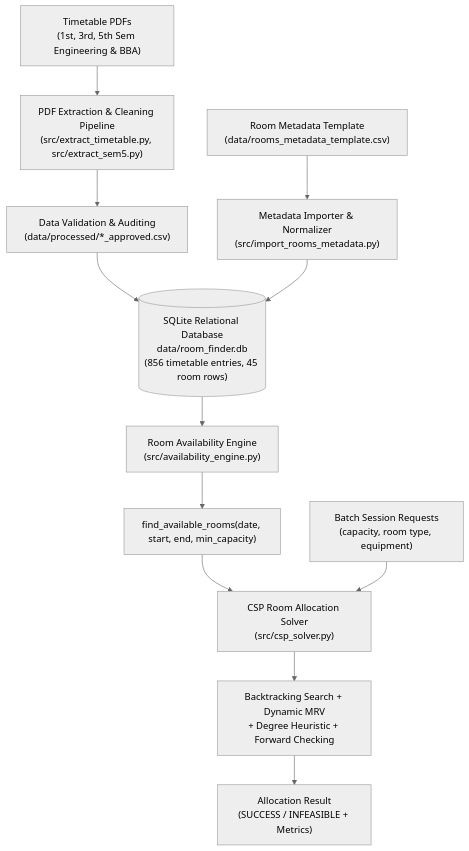
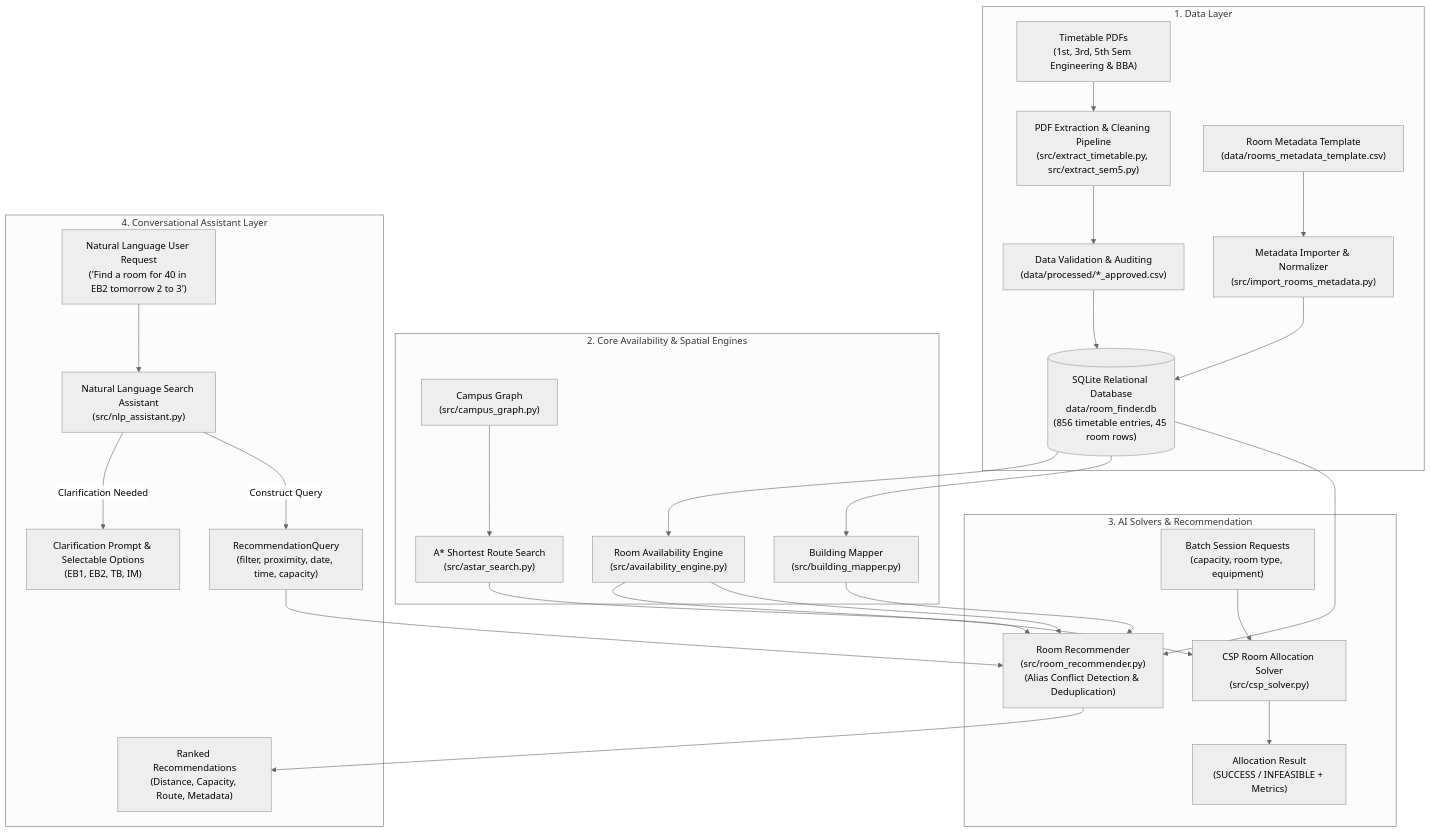
One commit to DeepDas25/AI-Room-Finder changed the first of 2 diagrams in README.md. Above: the diagram before and after it, drawn with Mermaid (neutral theme). The commit also changed other lines of this file, not shown here.

````diff
--- a/README.md
+++ b/README.md
@@ -46,18 +52,36 @@
 ```mermaid
 flowchart TD
-    A["Timetable PDFs\n(1st, 3rd, 5th Sem Engineering & BBA)"] --> B["PDF Extraction & Cleaning Pipeline\n(src/extract_timetable.py, src/extract_sem5.py)"]
-    B --> C["Data Validation & Auditing\n(data/processed/*_approved.csv)"]
-    C --> D[("SQLite Relational Database\ndata/room_finder.db\n(856 timetable entries, 45 room rows)")]
-    
-    E["Room Metadata Template\n(data/rooms_metadata_template.csv)"] --> F["Metadata Importer & Normalizer\n(src/import_rooms_metadata.py)"]
-    F --> D
-    
-    D --> G["Room Availability Engine\n(src/availability_engine.py)"]
-    G --> H["find_available_rooms(date, start, end, min_capacity)"]
-    
-    H --> I["CSP Room Allocation Solver\n(src/csp_solver.py)"]
-    J["Batch Session Requests\n(capacity, room type, equipment)"] --> I
-    
-    I --> K["Backtracking Search + Dynamic MRV\n+ Degree Heuristic + Forward Checking"]
-    K --> L["Allocation Result\n(SUCCESS / INFEASIBLE + Metrics)"]
+    subgraph DataLayer["1. Data Layer"]
+        A["Timetable PDFs\n(1st, 3rd, 5th Sem Engineering & BBA)"] --> B["PDF Extraction & Cleaning Pipeline\n(src/extract_timetable.py, src/extract_sem5.py)"]
+        B --> C["Data Validation & Auditing\n(data/processed/*_approved.csv)"]
+        C --> D[("SQLite Relational Database\ndata/room_finder.db\n(856 timetable entries, 45 room rows)")]
+        
+        E["Room Metadata Template\n(data/rooms_metadata_template.csv)"] --> F["Metadata Importer & Normalizer\n(src/import_rooms_metadata.py)"]
+        F --> D
+    end
+
+    subgraph CoreEngines["2. Core Availability & Spatial Engines"]
+        D --> G["Room Availability Engine\n(src/availability_engine.py)"]
+        D --> BM["Building Mapper\n(src/building_mapper.py)"]
+        CG["Campus Graph\n(src/campus_graph.py)"] --> AS["A* Shortest Route Search\n(src/astar_search.py)"]
+    end
+
+    subgraph Solvers["3. AI Solvers & Recommendation"]
+        G --> CSP["CSP Room Allocation Solver\n(src/csp_solver.py)"]
+        Sess["Batch Session Requests\n(capacity, room type, equipment)"] --> CSP
+        CSP --> AllocRes["Allocation Result\n(SUCCESS / INFEASIBLE + Metrics)"]
+        
+        G --> RR["Room Recommender\n(src/room_recommender.py)\n(Alias Conflict Detection & Deduplication)"]
+        BM --> RR
+        AS --> RR
+        D --> RR
+    end
+
+    subgraph NLPLayer["4. Conversational Assistant Layer"]
+        UserQuery["Natural Language User Request\n('Find a room for 40 in EB2 tomorrow 2 to 3')"] --> NLP["Natural Language Search Assistant\n(src/nlp_assistant.py)"]
+        NLP -->|"Clarification Needed"| Clarify["Clarification Prompt & Selectable Options\n(EB1, EB2, TB, IM)"]
+        NLP -->|"Construct Query"| RecQuery["RecommendationQuery\n(filter, proximity, date, time, capacity)"]
+        RecQuery --> RR
+        RR --> FinalRecs["Ranked Recommendations\n(Distance, Capacity, Route, Metadata)"]
+    end
 ```
````
